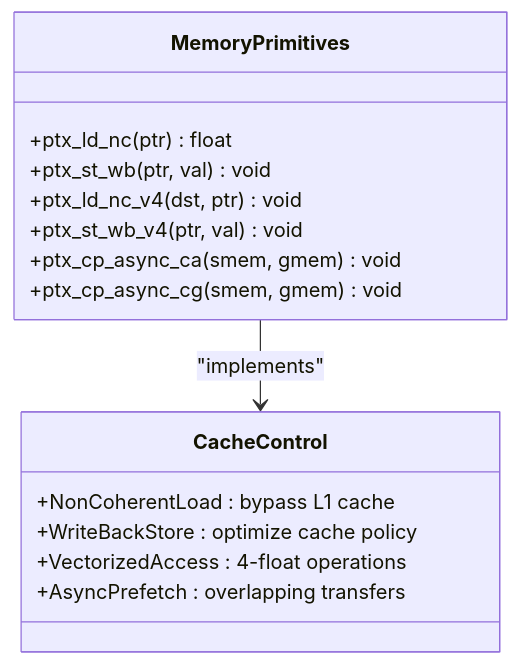
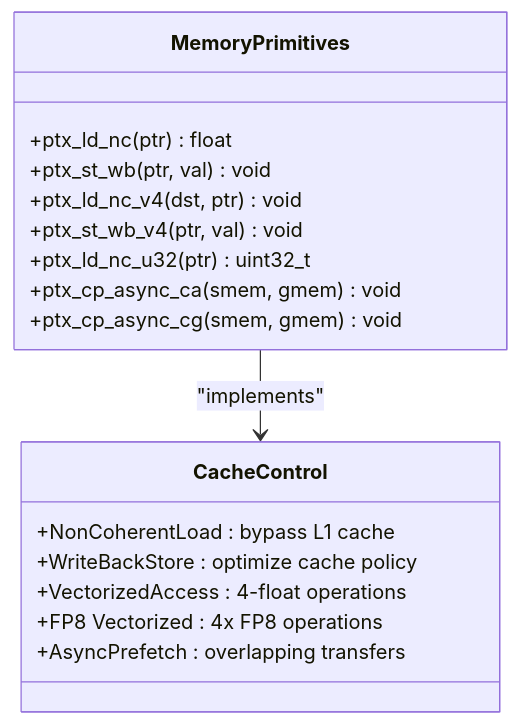
The fifth of 12 diagrams in .qoder/repowiki/en/content/Core Kernels/PTX Inline Assembly Kernel Framework.md (gugudeshubao/flashinfer-bench-tma-thrust), drawn with Mermaid before and after one commit. The commit also changed other lines of this file and 7 other files, not shown here.

````diff
--- a/.qoder/repowiki/en/content/Core Kernels/PTX Inline Assembly Kernel Framework.md
+++ b/.qoder/repowiki/en/content/Core Kernels/PTX Inline Assembly Kernel Framework.md
@@ -149,18 +194,20 @@
 ```mermaid
 classDiagram
 class MemoryPrimitives {
 +ptx_ld_nc(ptr) float
 +ptx_st_wb(ptr, val) void
 +ptx_ld_nc_v4(dst, ptr) void
 +ptx_st_wb_v4(ptr, val) void
++ptx_ld_nc_u32(ptr) uint32_t
 +ptx_cp_async_ca(smem, gmem) void
 +ptx_cp_async_cg(smem, gmem) void
 }
 class CacheControl {
 +NonCoherentLoad : bypass L1 cache
 +WriteBackStore : optimize cache policy
 +VectorizedAccess : 4-float operations
++FP8 Vectorized : 4x FP8 operations
 +AsyncPrefetch : overlapping transfers
 }
 MemoryPrimitives --> CacheControl : "implements"
 ```
````
